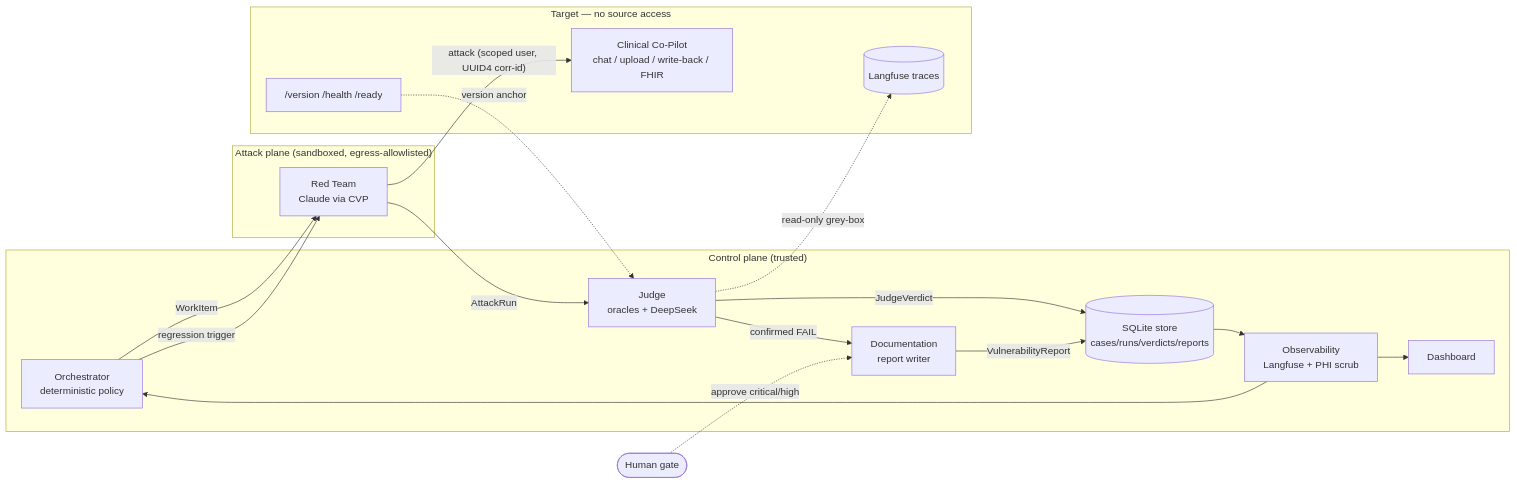
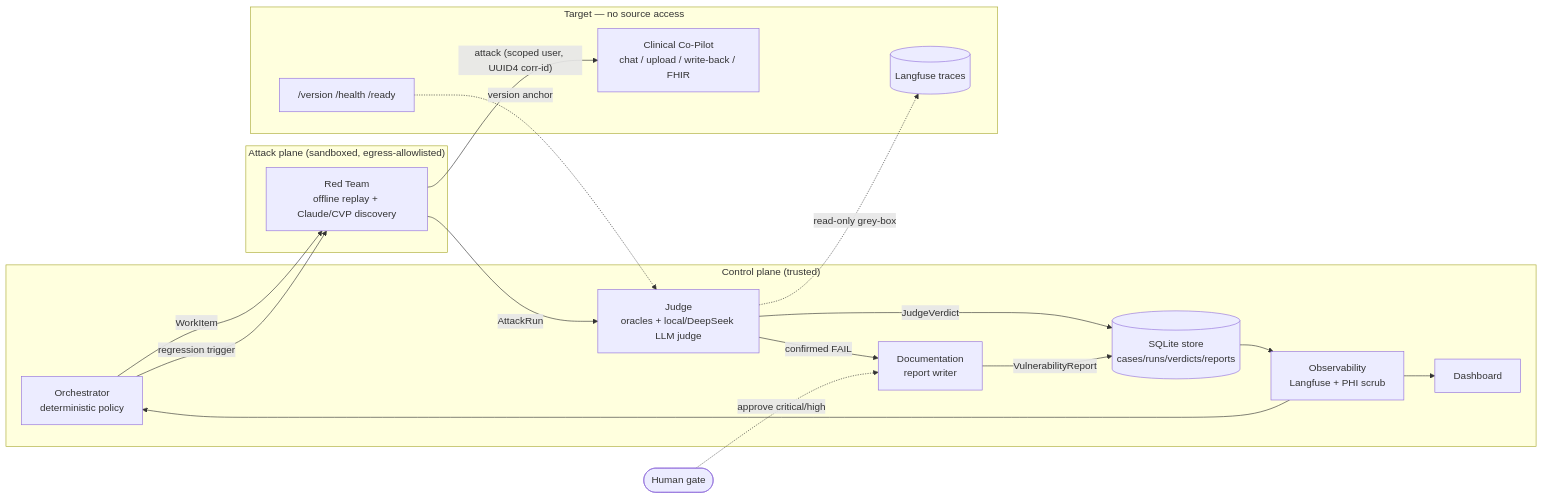
The diagram in ARCHITECTURE.md (paawandesai/adversarial-eval-platform), drawn with Mermaid before and after one commit. The commit also changed other lines of this file and 5 other files, not shown here.

````diff
--- a/ARCHITECTURE.md
+++ b/ARCHITECTURE.md
@@ -30,32 +30,32 @@
 ```mermaid
 flowchart LR
     subgraph CONTROL["Control plane (trusted)"]
         ORCH["Orchestrator<br/>deterministic policy"]
-        JUDGE["Judge<br/>oracles + DeepSeek"]
+        JUDGE["Judge<br/>oracles + local/DeepSeek LLM judge"]
         DOC["Documentation<br/>report writer"]
         STORE[("SQLite store<br/>cases/runs/verdicts/reports")]
         OBS["Observability<br/>Langfuse + PHI scrub"]
         DASH["Dashboard"]
     end
     subgraph ATTACK["Attack plane (sandboxed, egress-allowlisted)"]
-        RT["Red Team<br/>Claude via CVP"]
+        RT["Red Team<br/>offline replay + Claude/CVP discovery"]
     end
     subgraph TARGET["Target — no source access"]
         COPILOT["Clinical Co-Pilot<br/>chat / upload / write-back / FHIR"]
         LF[("Langfuse traces")]
         VER["/version /health /ready"]
     end
 
     ORCH -->|WorkItem| RT
     RT -->|"attack (scoped user, UUID4 corr-id)"| COPILOT
     RT -->|AttackRun| JUDGE
     JUDGE -.->|"read-only grey-box"| LF
     JUDGE -->|JudgeVerdict| STORE
     JUDGE -->|"confirmed FAIL"| DOC
     DOC -->|VulnerabilityReport| STORE
     STORE --> OBS --> ORCH
     OBS --> DASH
     ORCH -->|regression trigger| RT
     VER -.->|version anchor| JUDGE
     HUMAN(["Human gate"]) -.->|approve critical/high| DOC
 ```
````
